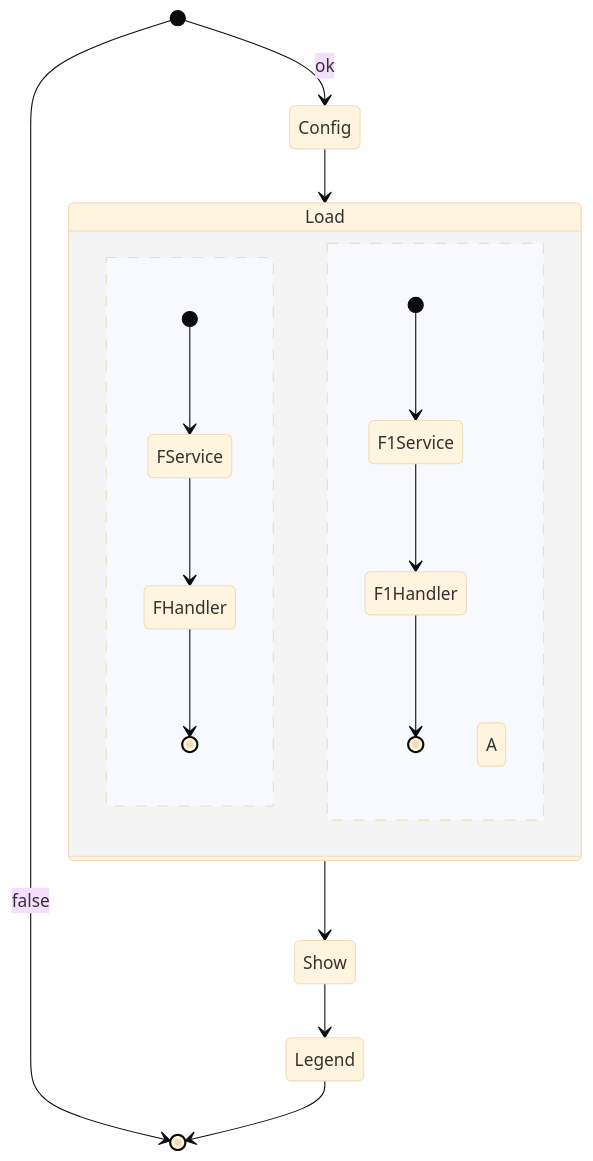
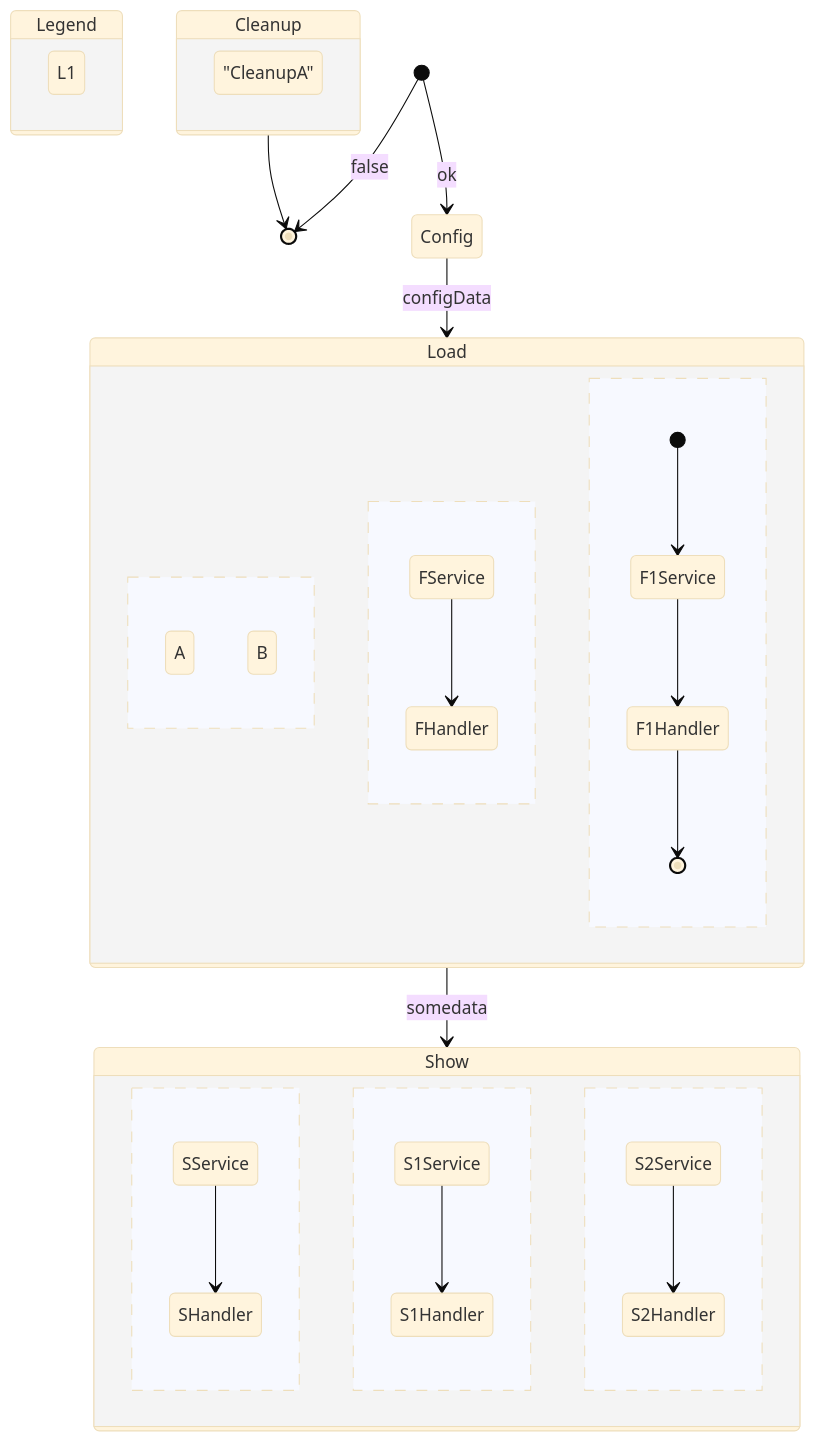
Before and after one commit to Wilfongjt/lb-A: the first of 9 diagrams in README.md, drawn with Mermaid.

````diff
--- a/README.md
+++ b/README.md
@@ -3,20 +3,38 @@
 ```mermaid
 %%{init: {'securityLevel': 'loose', 'theme':'base'}}%%
 stateDiagram
-              state Load {
-                [*] --> FService
+
+            state Load {
+                A
+B
+--
 FService --> FHandler
-FHandler --> [*]
 --
 [*] --> F1Service
 F1Service --> F1Handler
 F1Handler --> [*]
-                A
-            }       
+            }    
+            
+            state Show {
+                SService --> SHandler
+--
+S1Service --> S1Handler
+--
+S2Service --> S2Handler
+            }    
+            
+            state Legend {
+                L1
+            }    
+            
+            state Cleanup {
+                "CleanupA"
+            }    
+            
     [*] --> [*] : false
     [*] --> Config : ok
-    Config --> Load
-    Load --> Show
-    Show --> Legend
-    Legend --> [*]
+    Config --> Load : configData
+    Load --> Show : somedata
+    Cleanup --> [*]
+
 ```
````
